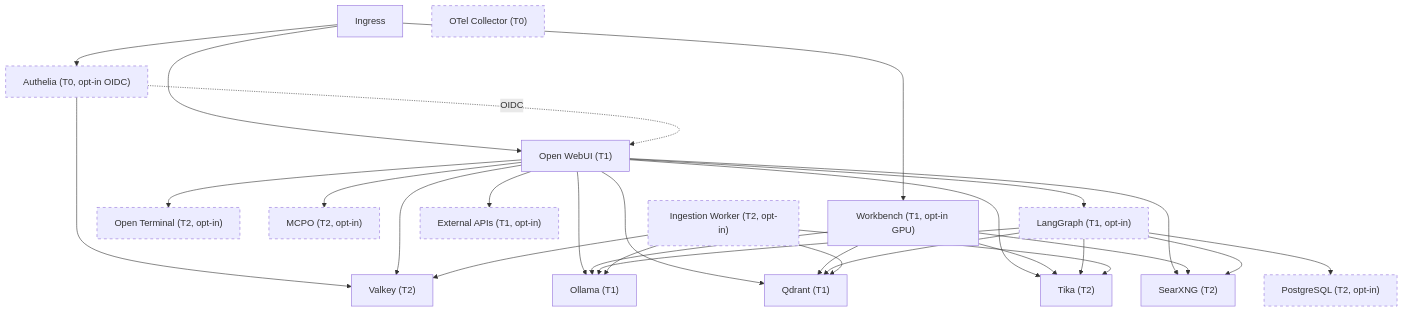
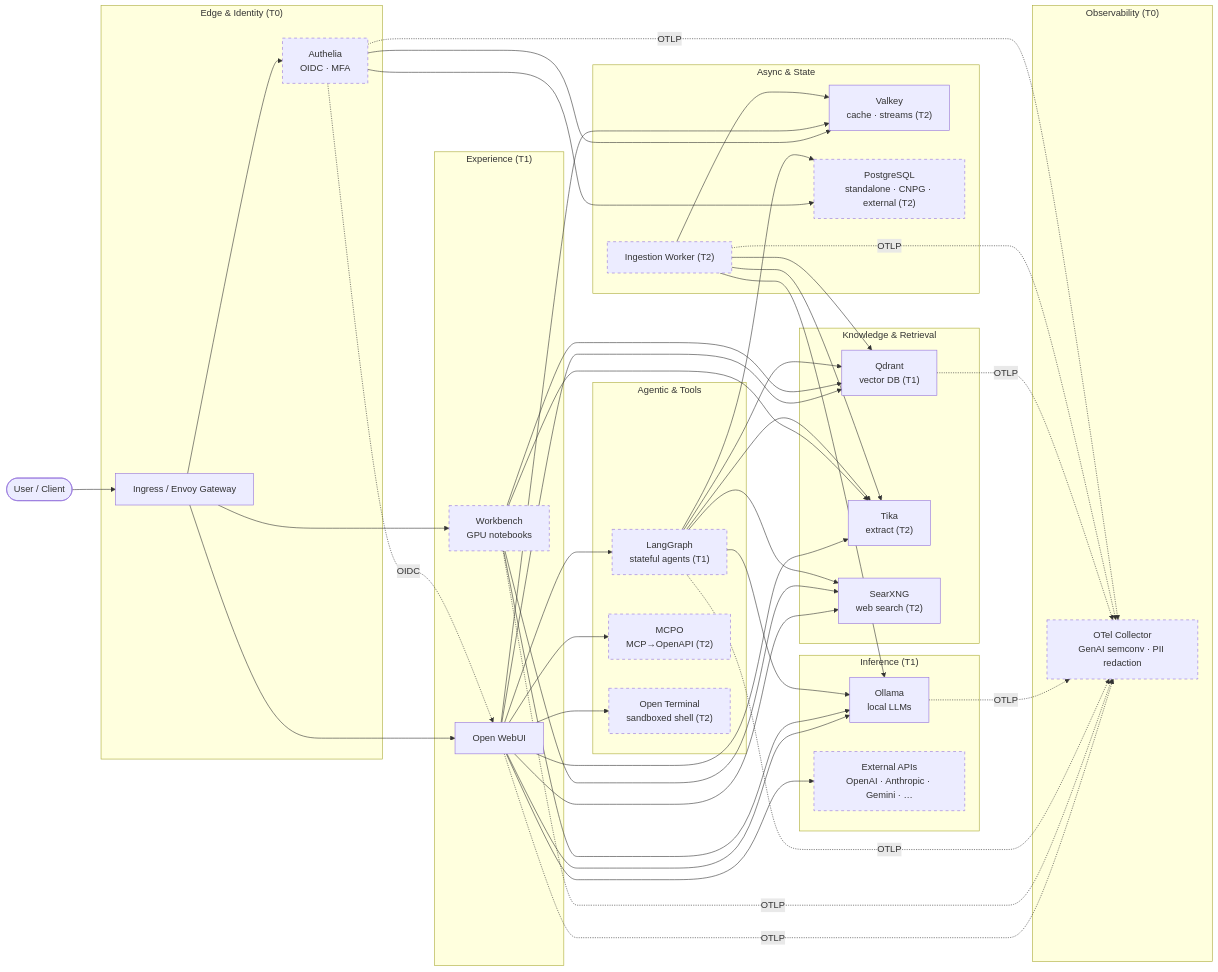
One commit to rmednitzer/ai-stack changed the diagram in README.md. Above: the diagram before and after it, drawn with Mermaid. The commit also changed other lines of this file, not shown here.

Commit message:
docs(readme): regroup architecture diagram into logical planes
Reorganize the Mermaid architecture diagram into Edge/Identity,
Experience, Inference, Knowledge, Agentic, Async, and Observability
subgraphs to better reflect how the chart's components compose.
Add explicit OTLP edges from instrumented components to the OTel
collector and surface the External APIs path as a peer of local
Ollama inference. Opt-in components are tagged via a single
classDef instead of per-node styling.

````diff
--- a/README.md
+++ b/README.md
@@ -19,47 +23,86 @@
 ```mermaid
-graph TD
-  Ingress --> Authelia["Authelia (T0, opt-in OIDC)"]
-  Ingress --> OpenWebUI["Open WebUI (T1)"]
-  Ingress --> Workbench["Workbench (T1, opt-in GPU)"]
+graph LR
+  Client([User / Client])
 
-  Authelia --> Valkey["Valkey (T2)"]
+  subgraph Edge["Edge & Identity (T0)"]
+    Ingress[Ingress / Envoy Gateway]
+    Authelia["Authelia<br/>OIDC · MFA"]
+  end
+
+  subgraph Experience["Experience (T1)"]
+    OpenWebUI["Open WebUI"]
+    Workbench["Workbench<br/>GPU notebooks"]
+  end
+
+  subgraph Inference["Inference (T1)"]
+    Ollama["Ollama<br/>local LLMs"]
+    ExternalAPIs["External APIs<br/>OpenAI · Anthropic · Gemini · …"]
+  end
+
+  subgraph Knowledge["Knowledge & Retrieval"]
+    Qdrant["Qdrant<br/>vector DB (T1)"]
+    Tika["Tika<br/>extract (T2)"]
+    SearXNG["SearXNG<br/>web search (T2)"]
+  end
+
+  subgraph Agentic["Agentic & Tools"]
+    LangGraph["LangGraph<br/>stateful agents (T1)"]
+    MCPO["MCPO<br/>MCP→OpenAPI (T2)"]
+    OpenTerminal["Open Terminal<br/>sandboxed shell (T2)"]
+  end
+
+  subgraph Async["Async & State"]
+    IngestionWorker["Ingestion Worker (T2)"]
+    Valkey["Valkey<br/>cache · streams (T2)"]
+    Postgres["PostgreSQL<br/>standalone · CNPG · external (T2)"]
+  end
+
+  subgraph Telemetry["Observability (T0)"]
+    OTel["OTel Collector<br/>GenAI semconv · PII redaction"]
+  end
+
+  Client --> Ingress
+  Ingress --> Authelia
+  Ingress --> OpenWebUI
+  Ingress --> Workbench
   Authelia -.->|OIDC| OpenWebUI
+  Authelia --> Valkey
+  Authelia --> Postgres
 
-  OpenWebUI --> Ollama["Ollama (T1)"]
-  OpenWebUI --> Qdrant["Qdrant (T1)"]
-  OpenWebUI --> Tika["Tika (T2)"]
-  OpenWebUI --> SearXNG["SearXNG (T2)"]
+  OpenWebUI --> Ollama
+  OpenWebUI --> ExternalAPIs
+  OpenWebUI --> Qdrant
+  OpenWebUI --> Tika
+  OpenWebUI --> SearXNG
   OpenWebUI --> Valkey
+  OpenWebUI --> LangGraph
+  OpenWebUI --> MCPO
+  OpenWebUI --> OpenTerminal
 
   Workbench --> Ollama
   Workbench --> Qdrant
   Workbench --> Tika
   Workbench --> SearXNG
 
-  OpenWebUI --> OpenTerminal["Open Terminal (T2, opt-in)"]
-  OpenWebUI --> MCPO["MCPO (T2, opt-in)"]
-  OpenWebUI --> LangGraph["LangGraph (T1, opt-in)"]
-  OpenWebUI --> ExternalAPIs["External APIs (T1, opt-in)"]
-
   LangGraph --> Ollama
   LangGraph --> Qdrant
   LangGraph --> Tika
   LangGraph --> SearXNG
-  LangGraph --> Postgres["PostgreSQL (T2, opt-in)"]
+  LangGraph --> Postgres
 
-  IngestionWorker["Ingestion Worker (T2, opt-in)"] --> Valkey
+  IngestionWorker --> Valkey
   IngestionWorker --> Tika
   IngestionWorker --> Ollama
   IngestionWorker --> Qdrant
 
-  OTel["OTel Collector (T0)"]
+  OpenWebUI -.->|OTLP| OTel
+  Workbench -.->|OTLP| OTel
+  LangGraph -.->|OTLP| OTel
+  Ollama -.->|OTLP| OTel
+  Qdrant -.->|OTLP| OTel
+  IngestionWorker -.->|OTLP| OTel
+  Authelia -.->|OTLP| OTel
 
-  style OTel stroke-dasharray: 5 5
-  style Authelia stroke-dasharray: 5 5
-  style OpenTerminal stroke-dasharray: 5 5
-  style MCPO stroke-dasharray: 5 5
-  style LangGraph stroke-dasharray: 5 5
-  style Postgres stroke-dasharray: 5 5
-  style ExternalAPIs stroke-dasharray: 5 5
-  style IngestionWorker stroke-dasharray: 5 5
+  classDef optIn stroke-dasharray: 5 5
+  class Authelia,Workbench,LangGraph,MCPO,OpenTerminal,IngestionWorker,Postgres,ExternalAPIs,OTel optIn
 ```
````
